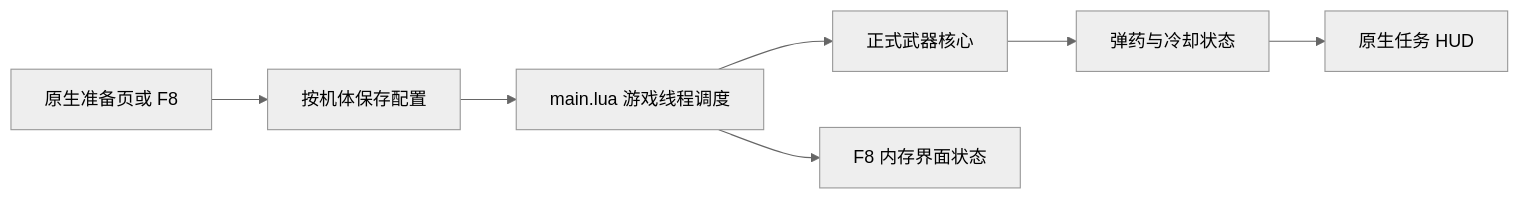
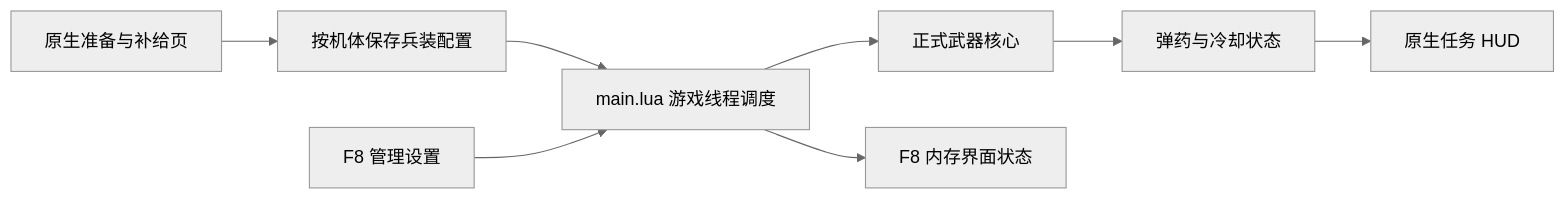
The diagram in docs/architecture.md (KareNorthter/AC7MultiSP), drawn with Mermaid (neutral theme) before and after one commit. The commit also changed other lines of this file and 77 other files, not shown here.

````diff
--- a/docs/architecture.md
+++ b/docs/architecture.md
@@ -20,9 +23,10 @@
 ```mermaid
 flowchart LR
-  A[原生准备页或 F8] --> B[按机体保存配置]
+  A[原生准备与补给页] --> B[按机体保存兵装配置]
   B --> C[main.lua 游戏线程调度]
   C --> D[正式武器核心]
   D --> E[弹药与冷却状态]
   E --> F[原生任务 HUD]
   C --> G[F8 内存界面状态]
+  H[F8 管理设置] --> C
 ```
````
